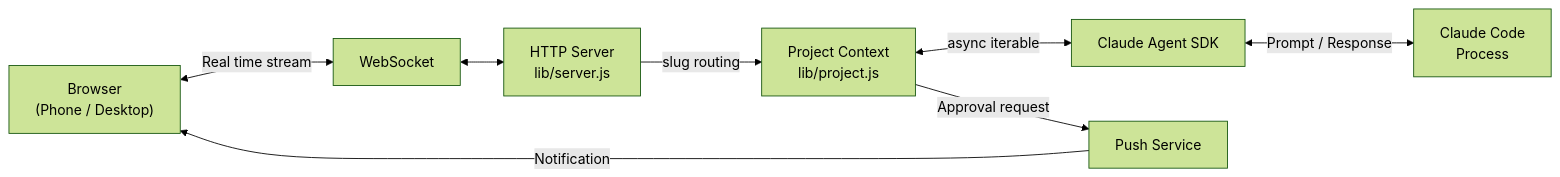
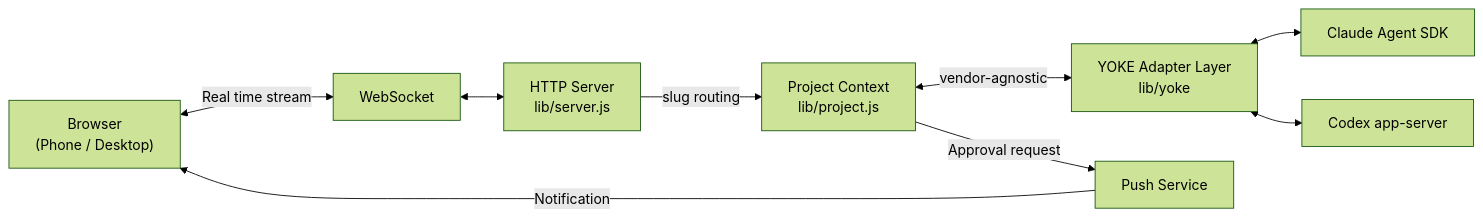
One commit to browntea/clay changed the diagram in README.md. Above: the diagram before and after it, drawn with Mermaid (forest theme). The commit also changed other lines of this file, not shown here.

First line of the commit message:
docs(readme): reposition around self-hosted team workspace for Claude Code and Codex

````diff
--- a/README.md
+++ b/README.md
@@ -151,18 +178,20 @@
 ```mermaid
 graph LR
     Browser["Browser<br/>(Phone / Desktop)"]
     WS["WebSocket"]
     Server["HTTP Server<br/>lib/server.js"]
     Project["Project Context<br/>lib/project.js"]
-    SDK["Claude Agent SDK"]
-    Claude["Claude Code<br/>Process"]
+    Yoke["YOKE Adapter Layer<br/>lib/yoke"]
+    Claude["Claude Agent SDK"]
+    Codex["Codex app-server"]
     Push["Push Service"]
 
     Browser <-->|Real time stream| WS
     WS <--> Server
     Server -->|slug routing| Project
-    Project <-->|async iterable| SDK
-    SDK <-->|Prompt / Response| Claude
+    Project <-->|vendor-agnostic| Yoke
+    Yoke <--> Claude
+    Yoke <--> Codex
     Project -->|Approval request| Push
     Push -->|Notification| Browser
 ```
````
